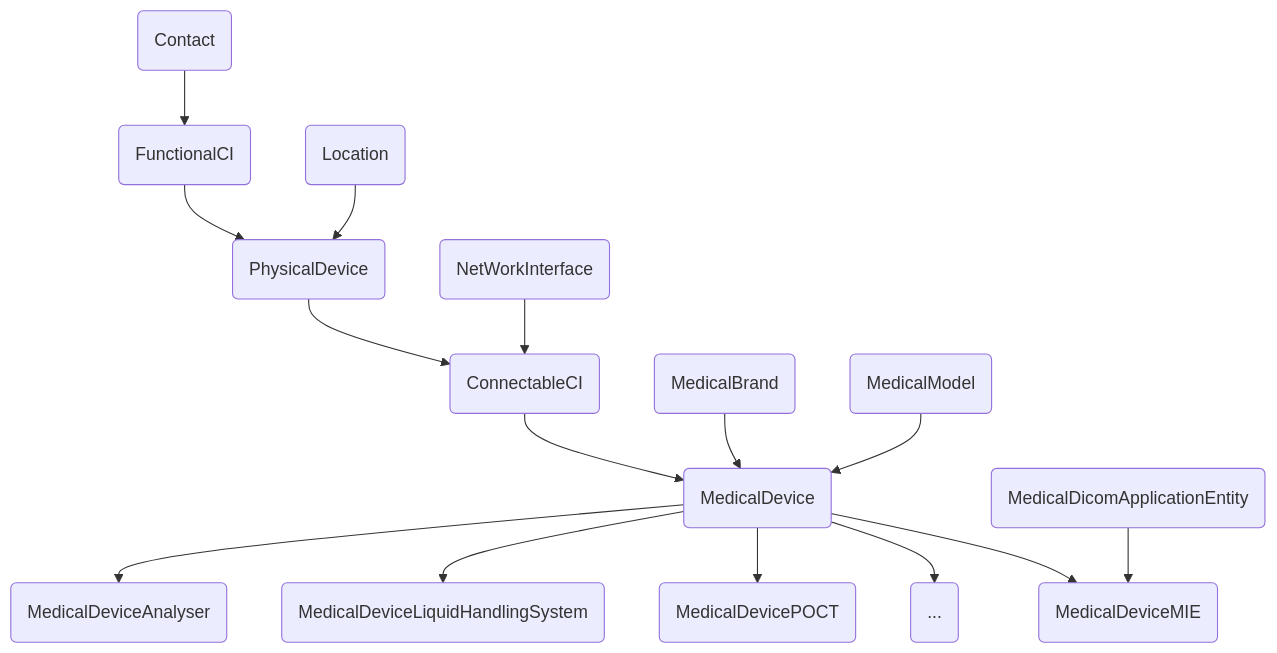
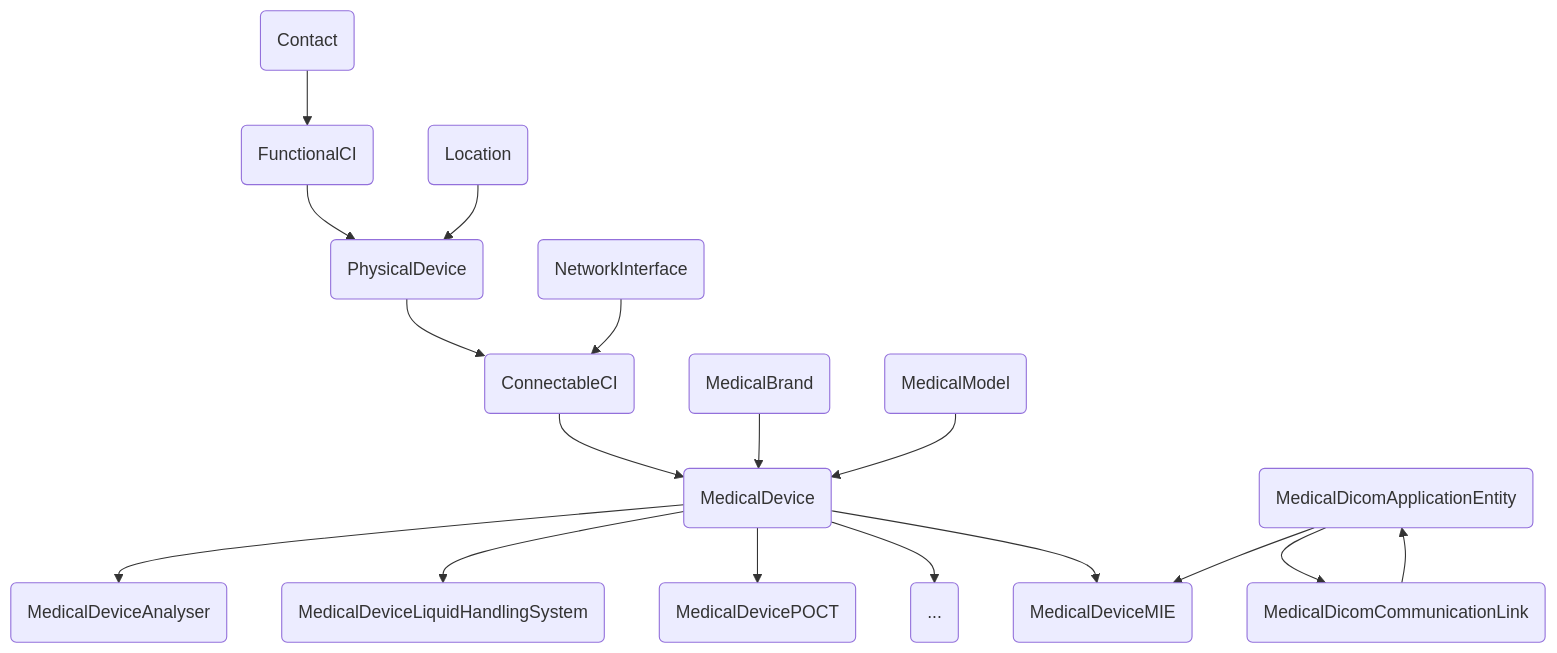
The diagram in README.md (rudnerbjoern/iTop-br-medicaldevice), drawn with Mermaid before and after one commit. The commit also changed other lines of this file and 1 other file, not shown here.

````diff
--- a/README.md
+++ b/README.md
@@ -44,18 +49,21 @@
 ```mermaid
 graph TD
 
   FCI(FunctionalCI) --> Phys
   Phys(PhysicalDevice) --> Con(ConnectableCI)
-  NetInt(NetWorkInterface) --> Con
+  NetInt(NetworkInterface) --> Con
   Con --> Dev(MedicalDevice)
   Brand(MedicalBrand) --> Dev
   Model(MedicalModel) --> Dev
   Loc(Location) --> Phys
   Cont(Contact) --> FCI
   Dev --> MDA(MedicalDeviceAnalyser)
   Dev --> MDLHS(MedicalDeviceLiquidHandlingSystem)
   Dev --> MDPOCT(MedicalDevicePOCT)
   Dev --> MDother(...)
   Dev --> MDMIE(MedicalDeviceMIE)
   DAE(MedicalDicomApplicationEntity) --> MDMIE
+  Link(MedicalDicomCommunicationLink)
+  DAE --> Link
+  Link --> DAE
 ```
````
